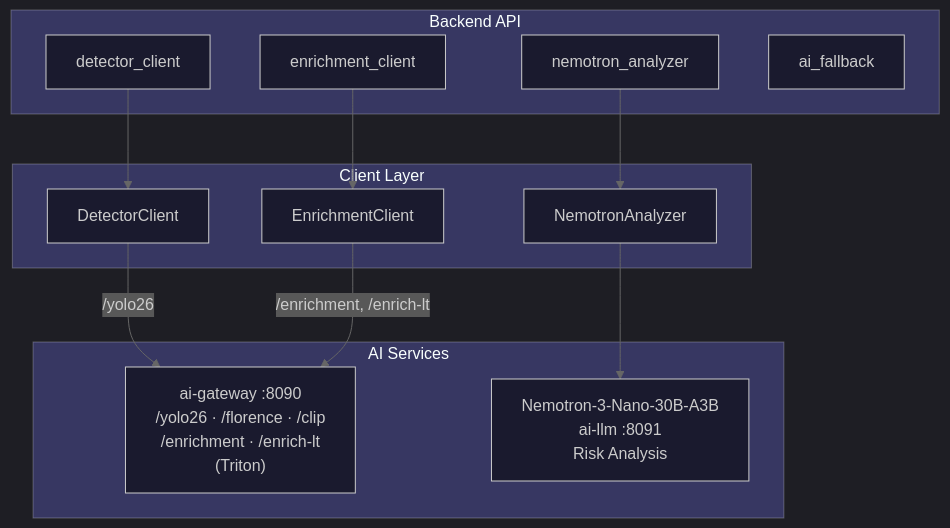
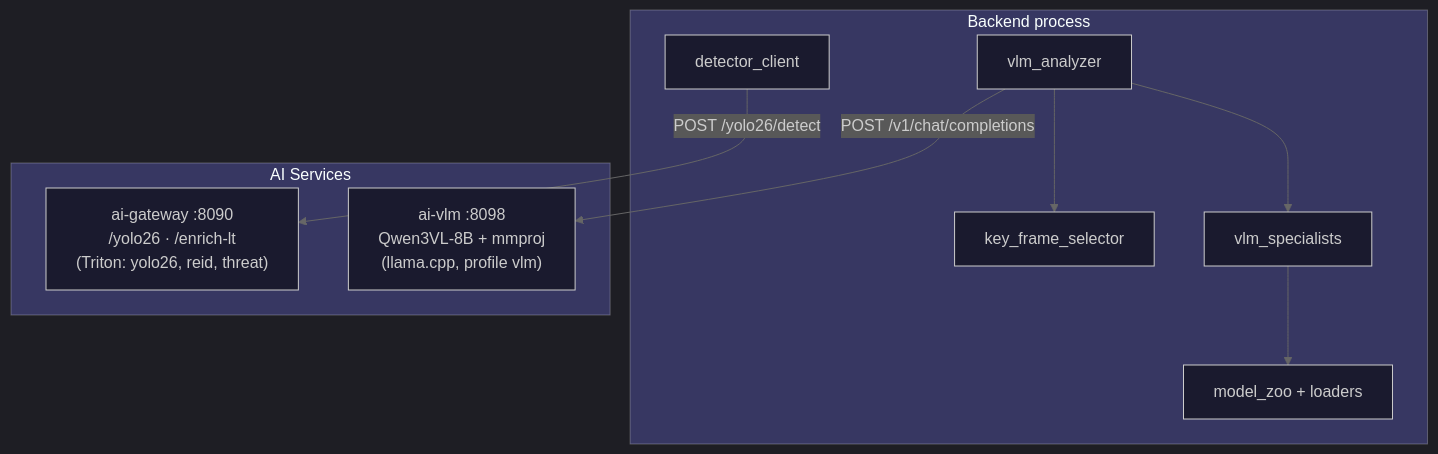
Before and after one commit to mikesvoboda/nemotron-v3-home-security-intelligence: the diagram in docs/architecture/ai-orchestration/README.md, drawn with Mermaid. The commit also changed other lines of this file and 231 other files, not shown here.

````diff
--- a/docs/architecture/ai-orchestration/README.md
+++ b/docs/architecture/ai-orchestration/README.md
@@ -19,41 +55,34 @@
 ```mermaid
 %%{init: {
   'theme': 'dark',
   'themeVariables': {
     'primaryColor': '#3B82F6',
     'primaryTextColor': '#FFFFFF',
     'primaryBorderColor': '#60A5FA',
     'secondaryColor': '#A855F7',
     'tertiaryColor': '#009688',
     'background': '#121212',
     'mainBkg': '#1a1a2e',
     'lineColor': '#666666'
   }
 }}%%
 flowchart TB
-    subgraph Backend["Backend API"]
+    subgraph Backend["Backend process"]
         DC[detector_client]
-        NA[nemotron_analyzer]
-        EC[enrichment_client]
-        AF[ai_fallback]
-    end
-
-    subgraph Clients["Client Layer"]
-        DCL[DetectorClient]
-        NAL[NemotronAnalyzer]
-        ECL[EnrichmentClient]
+        VA[vlm_analyzer]
+        KS[key_frame_selector]
+        SP[vlm_specialists]
+        MM[model_zoo + loaders]
     end
 
     subgraph AI["AI Services"]
-        GW["ai-gateway :8090<br/>/yolo26 · /florence · /clip<br/>/enrichment · /enrich-lt<br/>(Triton)"]
-        NEM["Nemotron-3-Nano-30B-A3B<br/>ai-llm :8091<br/>Risk Analysis"]
+        GW["ai-gateway :8090<br/>/yolo26 · /enrich-lt<br/>(Triton: yolo26, reid, threat)"]
+        VLM["ai-vlm :8098<br/>Qwen3VL-8B + mmproj<br/>(llama.cpp, profile vlm)"]
     end
 
-    DC --> DCL
-    NA --> NAL
-    EC --> ECL
-
-    DCL -->|/yolo26| GW
-    ECL -->|/enrichment, /enrich-lt| GW
-    NAL --> NEM
+    DC -->|POST /yolo26/detect| GW
+    VA --> KS
+    VA --> SP
+    SP --> MM
+    VA -->|POST /v1/chat/completions| VLM
 ```
````
